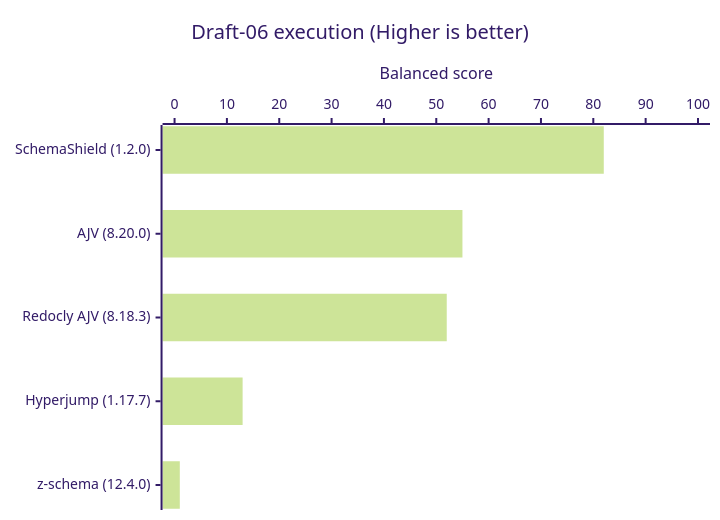
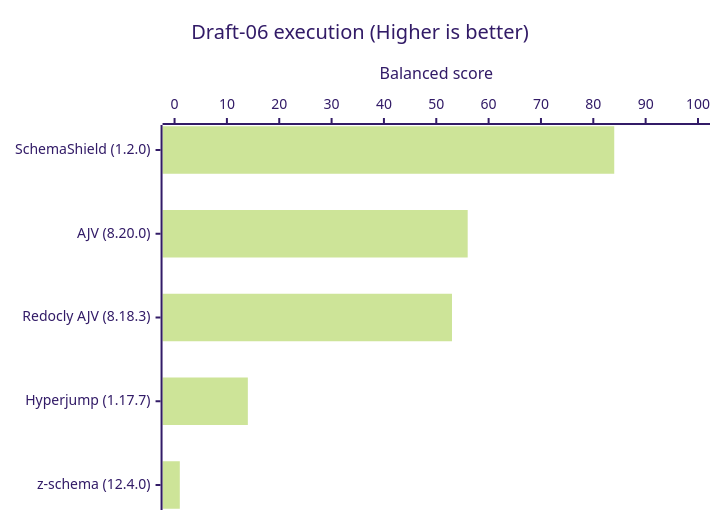
Before and after one commit to Masquerade-Circus/json-schema-validator-bench: the third of 8 diagrams in README.md, drawn with Mermaid (forest theme). The commit also changed other lines of this file and 243 other files, not shown here.

````diff
--- a/README.md
+++ b/README.md
@@ -148,7 +148,7 @@
 ```mermaid
 xychart horizontal
     title "Draft-06 execution (Higher is better)"
     x-axis ["SchemaShield (1.2.0)", "AJV (8.20.0)", "Redocly AJV (8.18.3)", "Hyperjump (1.17.7)", "z-schema (12.4.0)"]
     y-axis "Balanced score" 0 --> 100
-    bar [82, 55, 52, 13, 1]
+    bar [84, 56, 53, 14, 1]
 ```
````
